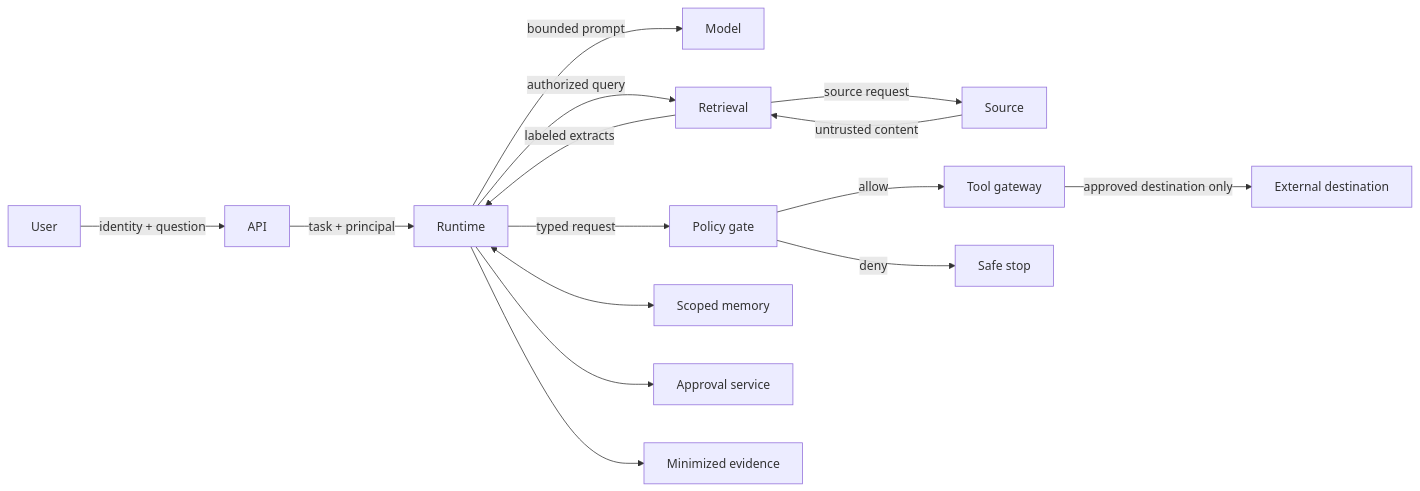
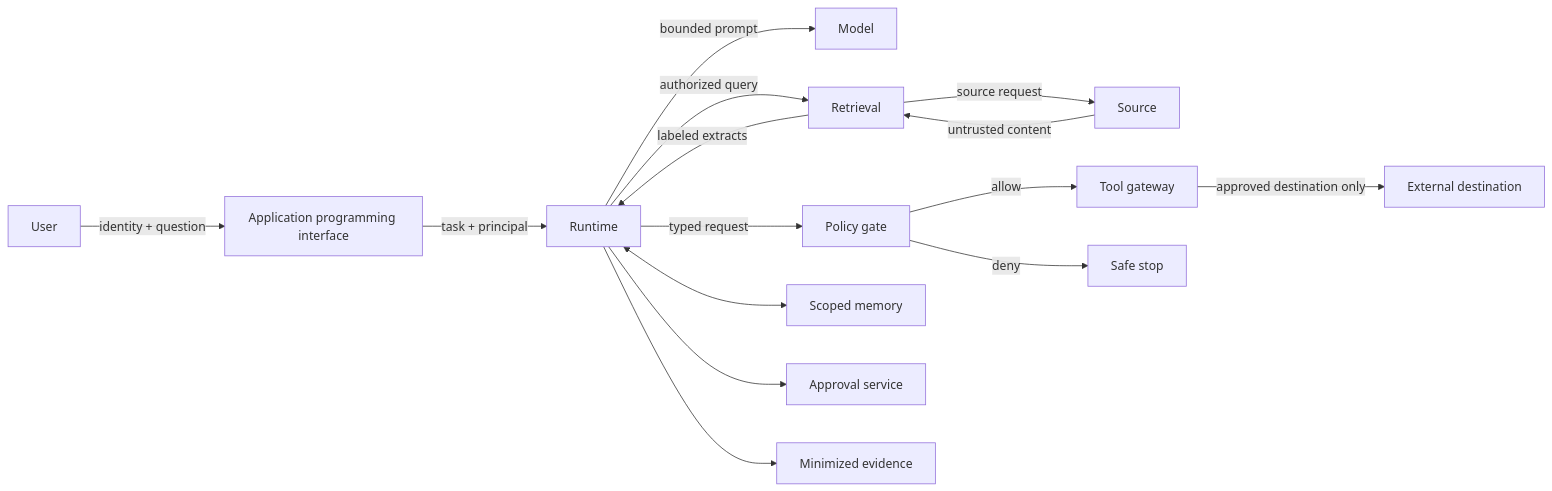
Before and after one commit to VikrantSingh01/Agentic_System_Design: the second of 5 diagrams in modules/06-security-safety-governance/chapters/24-threat-modeling-agentic-systems.md, drawn with Mermaid. The commit also changed other lines of this file and 3 other files, not shown here.

Commit message:
Improve Module 6 diagram accessibility

````diff
--- a/modules/06-security-safety-governance/chapters/24-threat-modeling-agentic-systems.md
+++ b/modules/06-security-safety-governance/chapters/24-threat-modeling-agentic-systems.md
@@ -61,17 +78,17 @@
 ```mermaid
 flowchart LR
-    U[User] -->|identity + question| A[API]
+    U[User] -->|identity + question| A[Application programming interface]
     A -->|task + principal| R[Runtime]
     R -->|bounded prompt| M[Model]
     R -->|authorized query| Q[Retrieval]
     Q -->|source request| S[Source]
     S -->|untrusted content| Q
     Q -->|labeled extracts| R
     R -->|typed request| P[Policy gate]
     P -->|allow| T[Tool gateway]
     P -->|deny| D[Safe stop]
     T -->|approved destination only| X[External destination]
     R <--> C[Scoped memory]
     R --> H[Approval service]
     R --> E[Minimized evidence]
 ```
````
